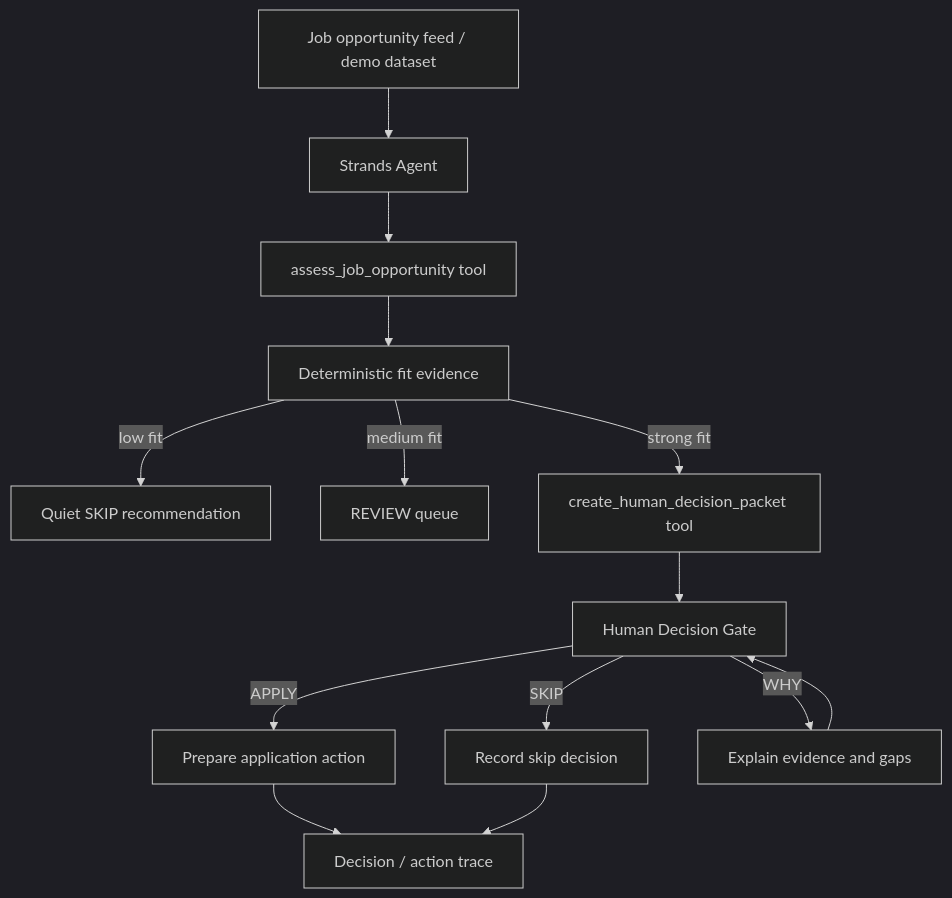
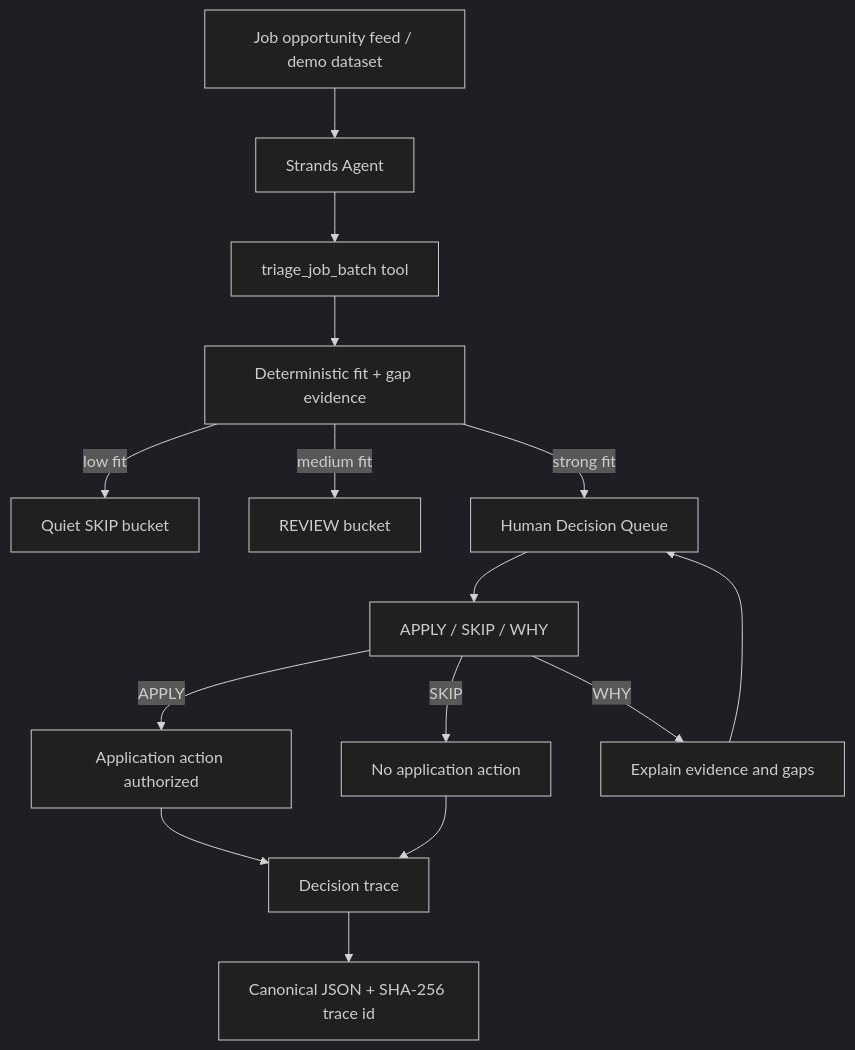
Before and after one commit to safal207/NextRole: the diagram in docs/architecture.md, drawn with Mermaid (dark theme). The commit also changed other lines of this file, not shown here.

Commit message:
docs: align architecture with batch triage demo

````diff
--- a/docs/architecture.md
+++ b/docs/architecture.md
@@ -3,16 +3,17 @@
 ```mermaid
 flowchart TD
     A[Job opportunity feed / demo dataset] --> B[Strands Agent]
-    B --> C[assess_job_opportunity tool]
-    C --> D[Deterministic fit evidence]
-    D -->|low fit| E[Quiet SKIP recommendation]
-    D -->|medium fit| F[REVIEW queue]
-    D -->|strong fit| G[create_human_decision_packet tool]
-    G --> H[Human Decision Gate]
-    H -->|APPLY| I[Prepare application action]
-    H -->|SKIP| J[Record skip decision]
+    B --> C[triage_job_batch tool]
+    C --> D[Deterministic fit + gap evidence]
+    D -->|low fit| E[Quiet SKIP bucket]
+    D -->|medium fit| F[REVIEW bucket]
+    D -->|strong fit| G[Human Decision Queue]
+    G --> H[APPLY / SKIP / WHY]
+    H -->|APPLY| I[Application action authorized]
+    H -->|SKIP| J[No application action]
     H -->|WHY| K[Explain evidence and gaps]
-    I --> L[Decision / action trace]
+    I --> L[Decision trace]
     J --> L
-    K --> H
+    K --> G
+    L --> M[Canonical JSON + SHA-256 trace id]
 ```
````
